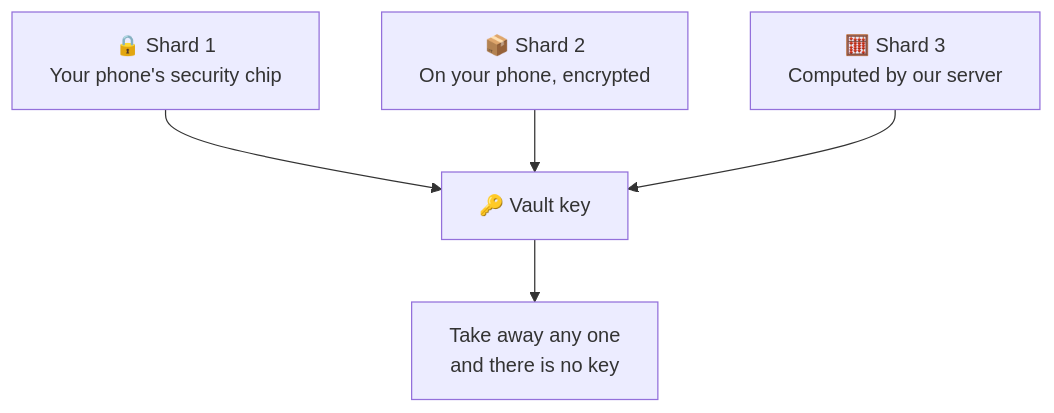
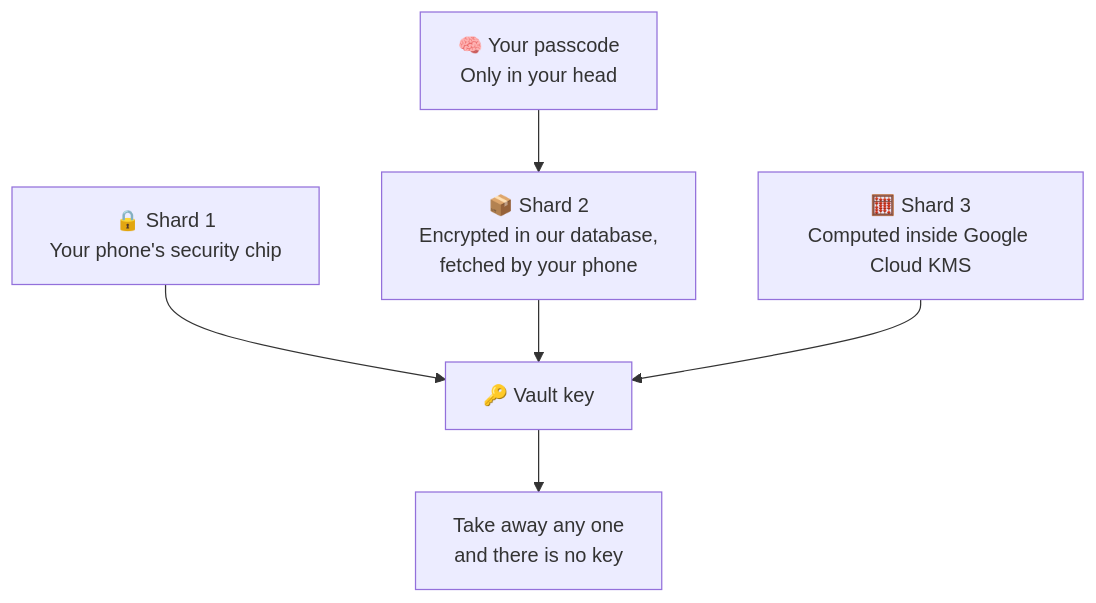
One commit to TuPhung369/passwordepic-website changed the second of 16 diagrams in docs/plain-words.md. Above: the diagram before and after it, drawn with Mermaid. The commit also changed 5 other files, not shown here.

````diff
--- a/docs/plain-words.md
+++ b/docs/plain-words.md
@@ -51,7 +51,8 @@
 ```mermaid
 flowchart TD
+  M["🧠 Your passcode<br/>Only in your head"] --> Q
   P["🔒 Shard 1<br/>Your phone's security chip"] --> K["🔑 Vault key"]
-  Q["📦 Shard 2<br/>On your phone, encrypted"] --> K
-  R["🧮 Shard 3<br/>Computed by our server"] --> K
+  Q["📦 Shard 2<br/>Encrypted in our database,<br/>fetched by your phone"] --> K
+  R["🧮 Shard 3<br/>Computed inside Google Cloud KMS"] --> K
   K --> N["Take away any one<br/>and there is no key"]
 ```
````
